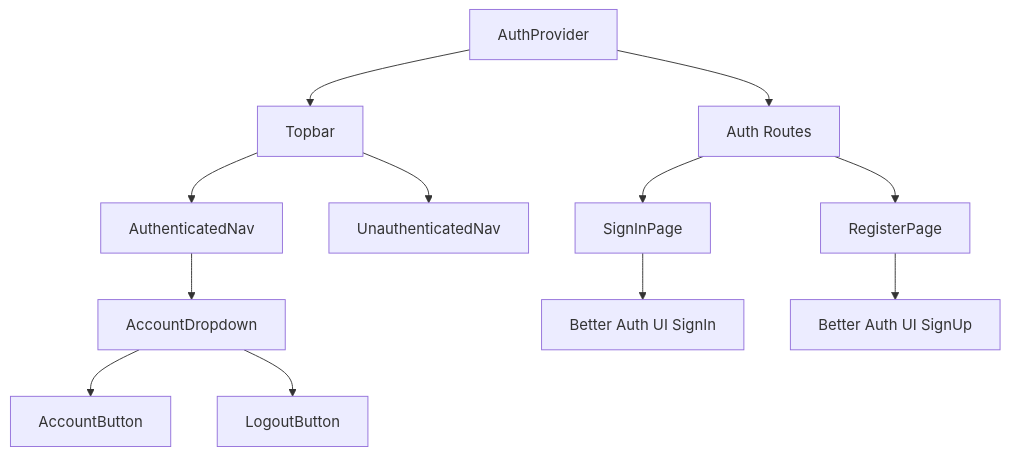
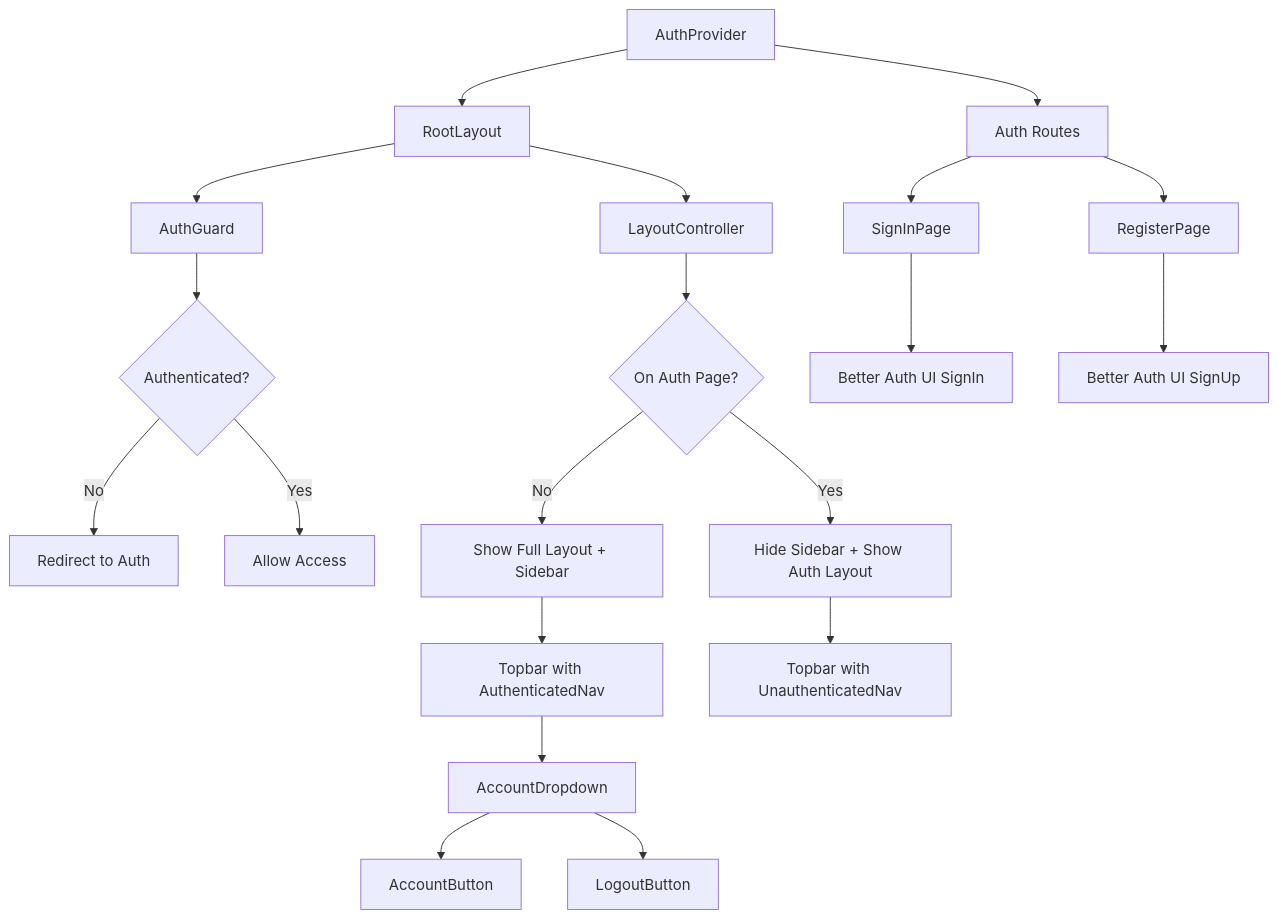
Before and after one commit to singhey/restaurant-manager: the second of 2 diagrams in .kiro/specs/admin-authentication/design.md, drawn with Mermaid. The commit also changed other lines of this file and 17 other files, not shown here.

````diff
--- a/.kiro/specs/admin-authentication/design.md
+++ b/.kiro/specs/admin-authentication/design.md
@@ -34,14 +38,22 @@
 ```mermaid
 graph TD
-    A[AuthProvider] --> B[Topbar]
+    A[AuthProvider] --> B[RootLayout]
     A --> C[Auth Routes]
-    B --> D[AuthenticatedNav]
-    B --> E[UnauthenticatedNav]
-    C --> F[SignInPage]
-    C --> G[RegisterPage]
-    F --> H[Better Auth UI SignIn]
-    G --> I[Better Auth UI SignUp]
-    D --> J[AccountDropdown]
-    J --> K[AccountButton]
-    J --> L[LogoutButton]
+    B --> D[AuthGuard]
+    B --> E[LayoutController]
+    D --> F{Authenticated?}
+    F -->|No| G[Redirect to Auth]
+    F -->|Yes| H[Allow Access]
+    E --> I{On Auth Page?}
+    I -->|Yes| J[Hide Sidebar + Show Auth Layout]
+    I -->|No| K[Show Full Layout + Sidebar]
+    K --> L[Topbar with AuthenticatedNav]
+    J --> M[Topbar with UnauthenticatedNav]
+    C --> N[SignInPage]
+    C --> O[RegisterPage]
+    N --> P[Better Auth UI SignIn]
+    O --> Q[Better Auth UI SignUp]
+    L --> R[AccountDropdown]
+    R --> S[AccountButton]
+    R --> T[LogoutButton]
 ```
````
